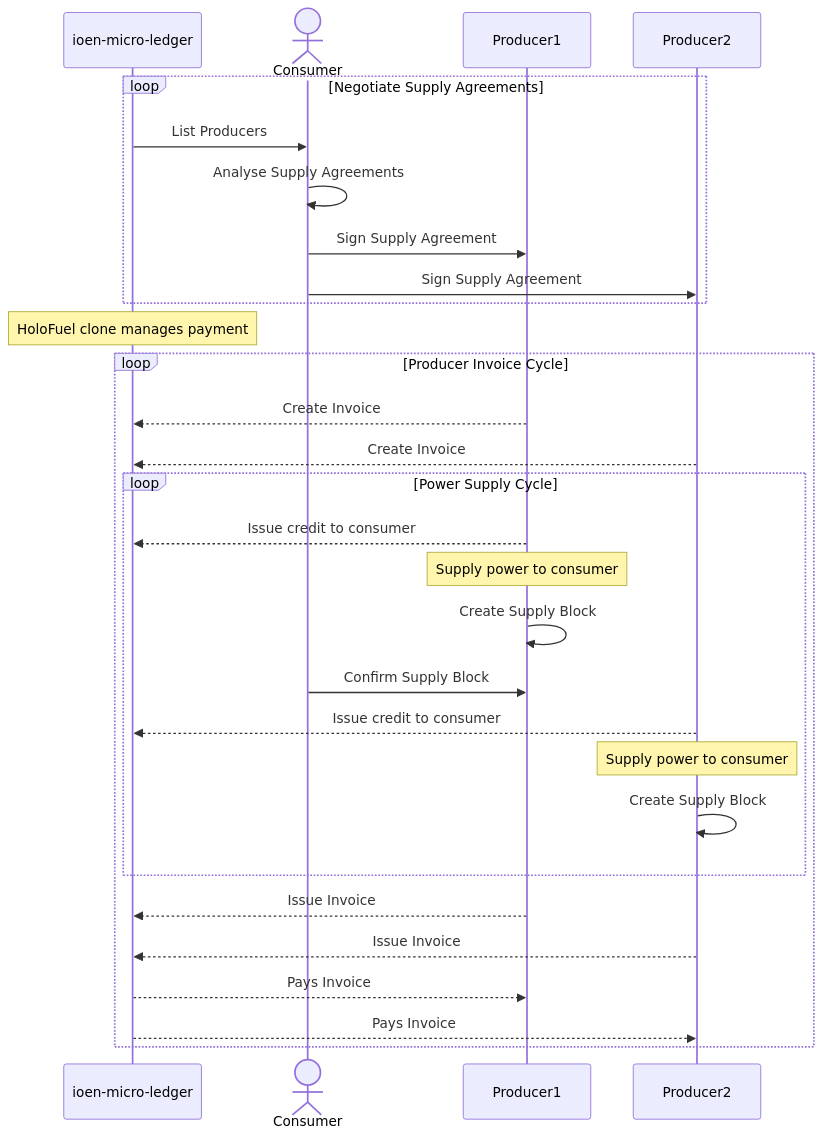
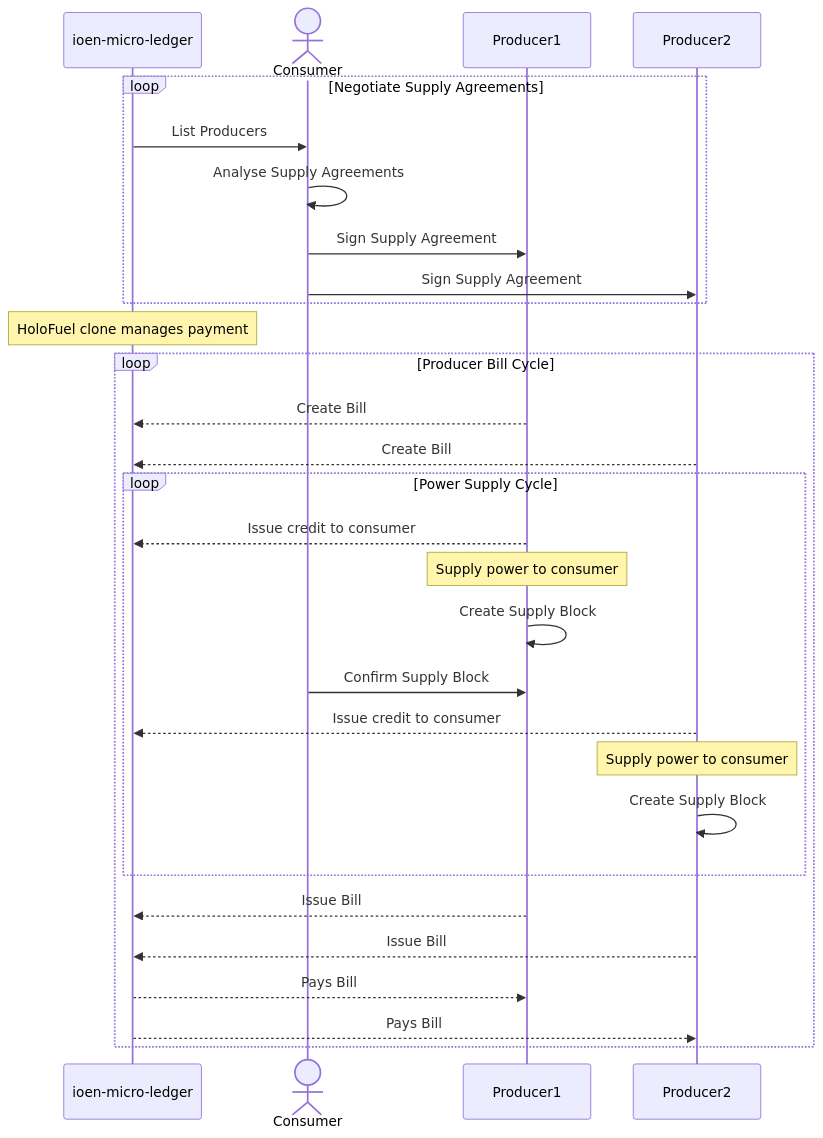
Before and after one commit to ioen-tech/ioen-micro-ledger: the first of 2 diagrams in SPEC.md, drawn with Mermaid. The commit also changed other lines of this file, not shown here.

Commit message:
Used Bill consistently

````diff
--- a/SPEC.md
+++ b/SPEC.md
@@ -17,32 +17,32 @@
 ```mermaid
 sequenceDiagram
     participant H as ioen-micro-ledger
     actor C as Consumer
     participant P1 as Producer1
     participant P2 as Producer2
     loop Negotiate Supply Agreements
         H->>C: List Producers
         C->>C: Analyse Supply Agreements
         C->>P1: Sign Supply Agreement
         C->>P2: Sign Supply Agreement
     end 
 
     Note over H: HoloFuel clone manages payment
-    loop Producer Invoice Cycle
-        P1-->>H: Create Invoice
-        P2-->>H: Create Invoice
+    loop Producer Bill Cycle
+        P1-->>H: Create Bill
+        P2-->>H: Create Bill
         loop Power Supply Cycle
             P1-->>H: Issue credit to consumer 
             Note over P1: Supply power to consumer
             P1->>P1: Create Supply Block
             C->>P1: Confirm Supply Block
             P2-->>H: Issue credit to consumer 
             Note over P2: Supply power to consumer
             P2->>P2: Create Supply Block
         end
-        P1-->>H: Issue Invoice
-        P2-->>H: Issue Invoice
-        H-->>P1: Pays Invoice
-        H-->>P2: Pays Invoice
+        P1-->>H: Issue Bill
+        P2-->>H: Issue Bill
+        H-->>P1: Pays Bill
+        H-->>P2: Pays Bill
     end
 ```
````
